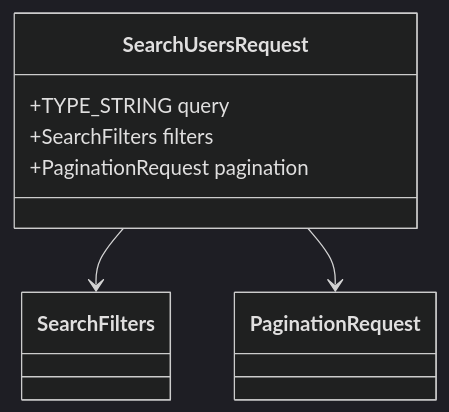
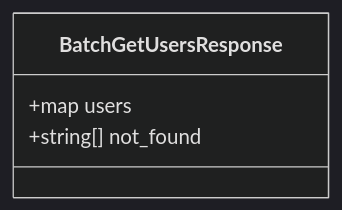
Before and after one commit to kyivinua/root: diagram 34 of 47 in test-monorepo/docs/consolidated/UserService.md, drawn with Mermaid (dark theme). The commit also changed other lines of this file and 5 other files, not shown here.

````diff
--- a/test-monorepo/docs/consolidated/UserService.md
+++ b/test-monorepo/docs/consolidated/UserService.md
@@ -639,10 +1673,7 @@
 ```mermaid
 classDiagram
-    class SearchUsersRequest {
-        +TYPE_STRING query
-        +SearchFilters filters
-        +PaginationRequest pagination
+    class BatchGetUsersResponse {
+        +map<string, User> users
+        +string[] not_found
     }
-    SearchUsersRequest --> SearchFilters
-    SearchUsersRequest --> PaginationRequest
 ```
````
